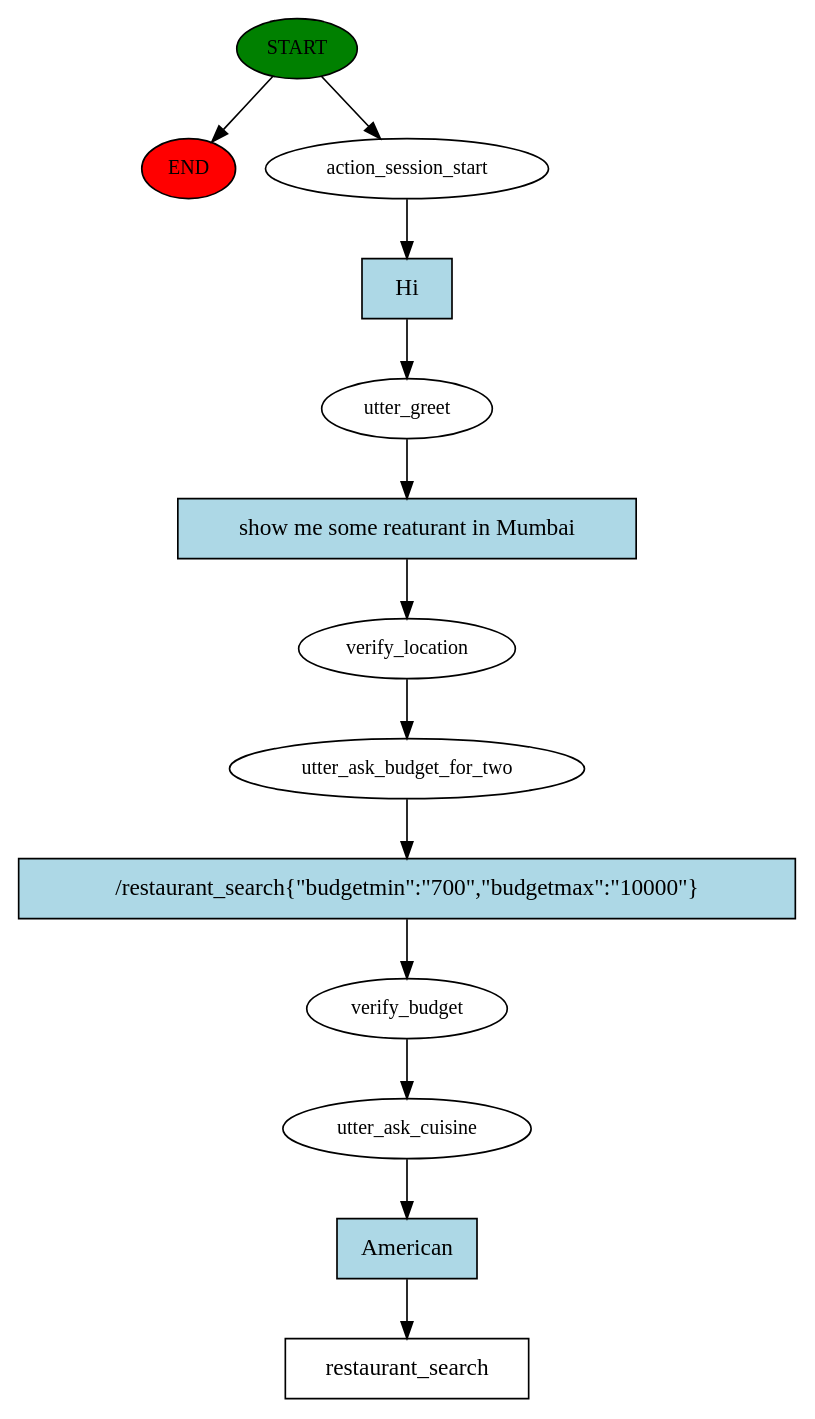
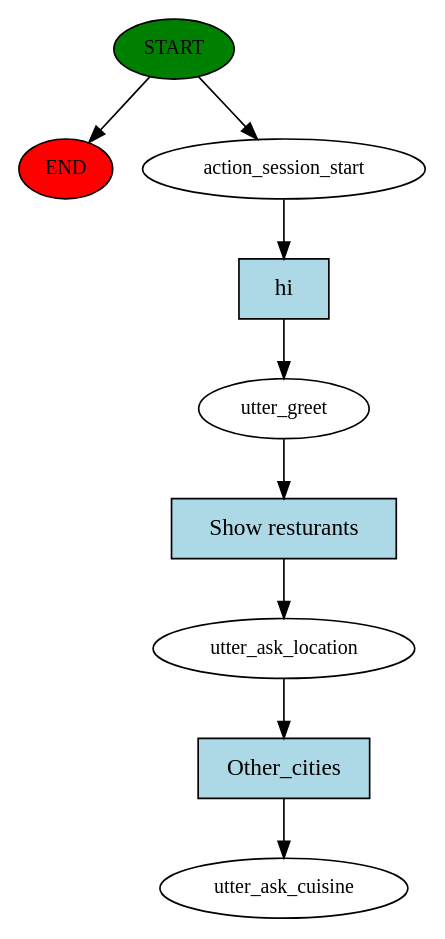
The diagram in story_graph.dot (RakeshKumar045/Restaurant_Rasa_Chatbot_Python), drawn with Graphviz before and after one commit. The commit also changed 3 other files, not shown here.

```diff
--- a/story_graph.dot
+++ b/story_graph.dot
@@ -1,27 +1,19 @@
 digraph  {
 0 [class="start active", fillcolor=green, fontsize=12, label=START, style=filled];
 "-1" [class=end, fillcolor=red, fontsize=12, label=END, style=filled];
 1 [class=active, fontsize=12, label=action_session_start];
 2 [class=active, fontsize=12, label=utter_greet];
-3 [class=active, fontsize=12, label=verify_location];
-4 [class=active, fontsize=12, label=utter_ask_budget_for_two];
-5 [class=active, fontsize=12, label=verify_budget];
-6 [class=active, fontsize=12, label=utter_ask_cuisine];
-7 [class="intent dashed active", label=restaurant_search, shape=rect];
-8 [class="intent active", fillcolor=lightblue, label=Hi, shape=rect, style=filled];
-9 [class="intent active", fillcolor=lightblue, label="show me some reaturant in Mumbai", shape=rect, style=filled];
-10 [class="intent active", fillcolor=lightblue, label="/restaurant_search{\"budgetmin\":\"700\",\"budgetmax\":\"10000\"}", shape=rect, style=filled];
-11 [class="intent active", fillcolor=lightblue, label=American, shape=rect, style=filled];
+3 [class=active, fontsize=12, label=utter_ask_location];
+4 [class="dashed active", fontsize=12, label=utter_ask_cuisine];
+5 [class="intent active", fillcolor=lightblue, label=hi, shape=rect, style=filled];
+6 [class="intent active", fillcolor=lightblue, label="Show resturants", shape=rect, style=filled];
+7 [class="intent active", fillcolor=lightblue, label=Other_cities, shape=rect, style=filled];
 0 -> "-1"  [class="", key=NONE, label=""];
 0 -> 1  [class=active, key=NONE, label=""];
-1 -> 8  [class=active, key=0];
-2 -> 9  [class=active, key=0];
-3 -> 4  [class=active, key=NONE, label=""];
-4 -> 10  [class=active, key=0];
-5 -> 6  [class=active, key=NONE, label=""];
-6 -> 11  [class=active, key=0];
-8 -> 2  [class=active, key=0];
-9 -> 3  [class=active, key=0];
-10 -> 5  [class=active, key=0];
-11 -> 7  [class=active, key=0];
+1 -> 5  [class=active, key=0];
+2 -> 6  [class=active, key=0];
+3 -> 7  [class=active, key=0];
+5 -> 2  [class=active, key=0];
+6 -> 3  [class=active, key=0];
+7 -> 4  [class=active, key=0];
 }
```
